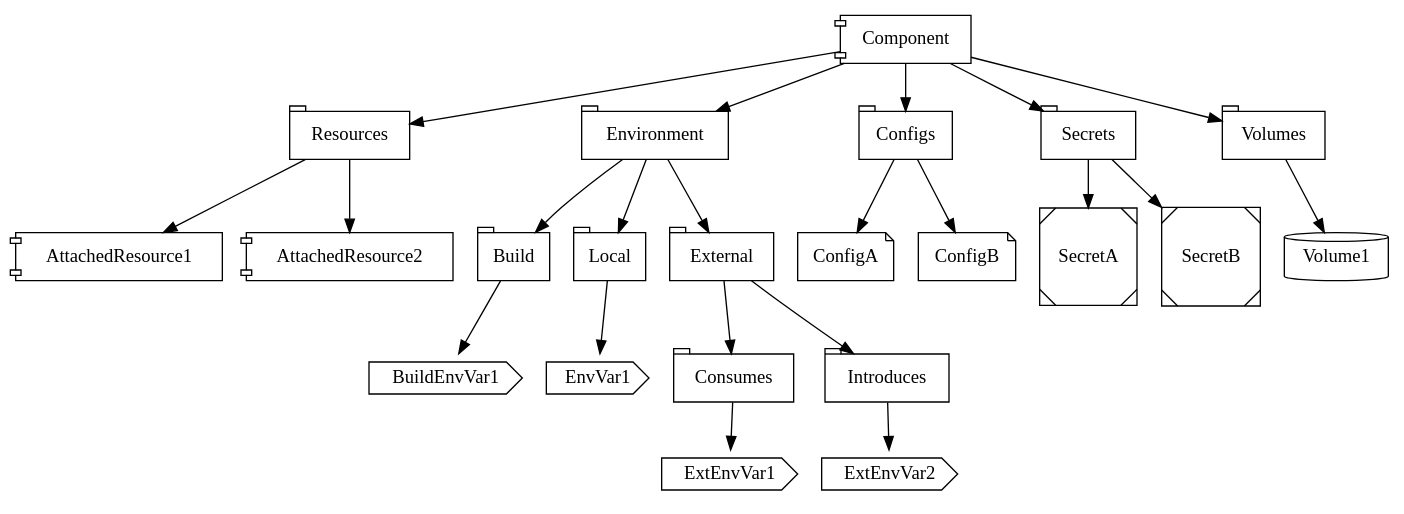
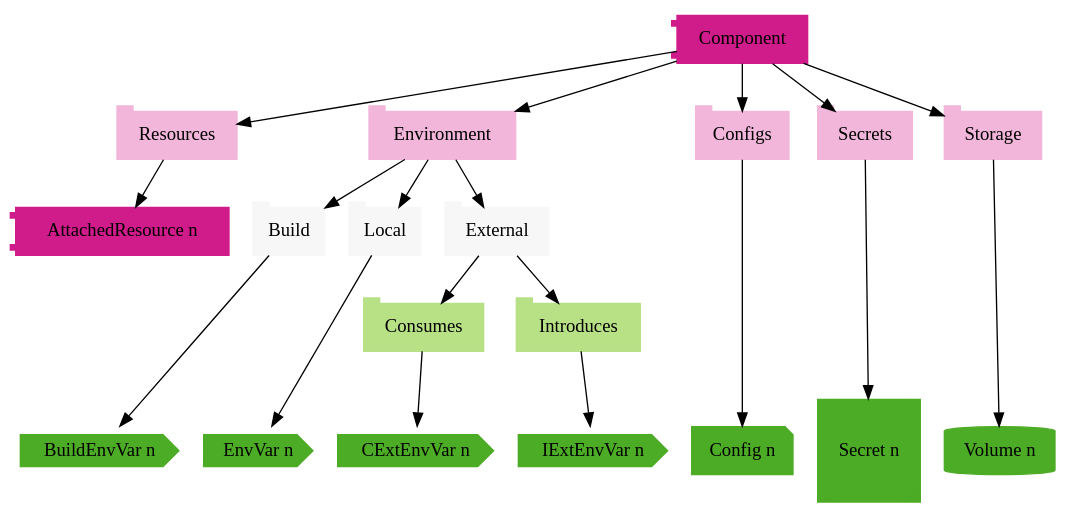
The diagram in doc/component.gv (laetho/metagraf), drawn with Graphviz before and after one commit. The commit also changed 1 other file, not shown here.

Commit message:
Redid graphviz plot for a software component.

```diff
--- a/doc/component.gv
+++ b/doc/component.gv
@@ -1,73 +1,71 @@
 digraph G {
     rankdir="lr"
+		node [colorscheme=piyg5,style="filled",color=black]
+		splines="true";
     /* Entities */
-    Component [shape=component,colorscheme=pastel19,fillcolor=1]
+    Component [shape=component,color=1]
 
-    Resources [shape=tab]
-    AttachedResource1 [shape=component]
-    AttachedResource2 [shape=component]
+    Resources [shape=tab,color=2]
+    "AttachedResource n" [shape=component,color=1]
 
-    Environment [shape=tab]
-    Build [shape=tab]
-    Local [shape=tab]
-    External [shape=tab]
-    Consumes [shape=tab]
-    Introduces [shape=tab]
-    EnvVar1 [shape=cds]
-    BuildEnvVar1 [shape=cds]
-    ExtEnvVar1 [shape=cds]
-    ExtEnvVar2 [shape=cds]
+    Environment [shape=tab,color=2]
+    Build [shape=tab,color=3]
+    Local [shape=tab,color=3]
+    External [shape=tab,color=3]
+    Consumes [shape=tab,color=4]
+    Introduces [shape=tab,color=4]
+    "EnvVar n" [shape=cds,color=5]
+    "BuildEnvVar n" [shape=cds,color=5]
+    "CExtEnvVar n" [shape=cds,color=5]
+    "IExtEnvVar n" [shape=cds,color=5]
 
-    Configs [shape=tab]
-    ConfigA [shape=note]
-    ConfigB [shape=note]
+    Configs [shape=tab,color=2]
+    "Config n" [shape=note,color=5]
 
-    Secrets [shape=tab]
-    SecretA [shape=Msquare]
-    SecretB [shape=Msquare]
+    Secrets [shape=tab,color=2]
+    "Secret n" [shape=Msquare,color=5]
 
-    Volumes [shape=tab]
-    Volume1 [shape=cylinder]
+    Storage [shape=tab,color=2]
+    "Volume n" [shape=cylinder,color=5]
 
-    { rank=same; Resources Environment Configs Secrets Volumes }
+    { rank=same; Resources Environment Configs Secrets Storage }
     { rank=same; Local External Build }
+		{ rank=same; Consumes Introduces }
+		{ rank=same; "EnvVar n" "BuildEnvVar n" "IExtEnvVar n" "CExtEnvVar n" "Config n" "Secret n" "Volume n" }
 
 
 
     //shortName [label="shortName", shape="|square,rectangle,circle,ellipse,triangle,plaintext,point,diamond,pentagon,hexagon,septagon,octagon,egg,trapezium,parallelogram,house,doublecircle,doubleoctagon,tripleoctagon,invtriangle,invtrapezium,invhouse,Mdiamond,Msquare,Mcircle,none,note,tab,folder,box3d|", URL="http://en.wikipedia.org/wiki/John de Fries"]
     
     /* Relationships */
     Component -> Resources
     Component -> Environment
     Component -> Configs
     Component -> Secrets
-    Component -> Volumes
+    Component -> Storage 
 
     Environment -> Build
     Environment -> Local
     Environment -> External
 
-    Build -> BuildEnvVar1
-    Local -> EnvVar1
+    Build -> "BuildEnvVar n"
+    Local -> "EnvVar n"
 
     External -> Consumes
     External -> Introduces
 
-    Consumes -> ExtEnvVar1
-    Introduces -> ExtEnvVar2
+    Consumes -> "CExtEnvVar n"
+    Introduces -> "IExtEnvVar n"
 
-    Configs -> ConfigA
-    Configs -> ConfigB
+    Configs -> "Config n"
 
-    Secrets -> SecretA
-    Secrets -> SecretB
+    Secrets -> "Secret n"
 
-    Resources -> AttachedResource1
-    Resources -> AttachedResource2
+    Resources -> "AttachedResource n"
 
-    Volumes -> Volume1
+    Storage -> "Volume n"
 
 
     /* Ranks */
     //{ rank=lr|same,min,max,# max is bottom|; shortName; };
 }
```
